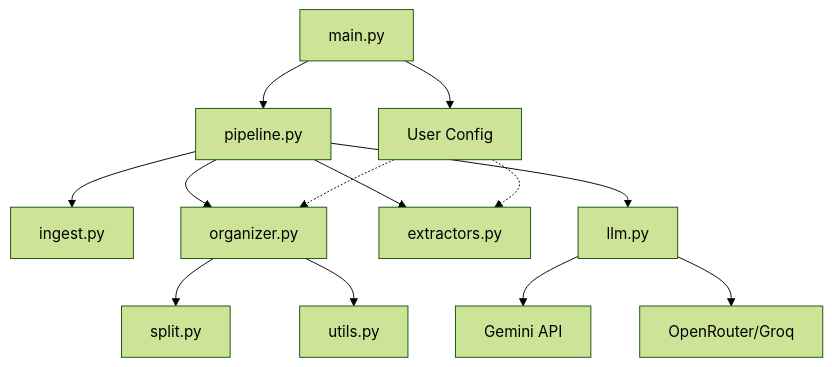
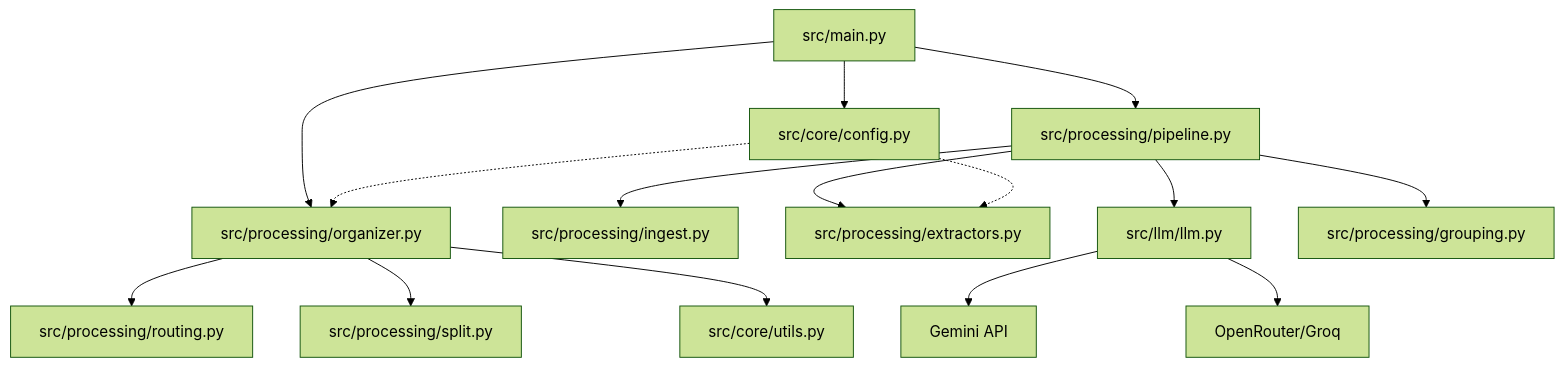
One commit to emadprograms/file-organizer changed the diagram in docs/ARCHITECTURE.md. Above: the diagram before and after it, drawn with Mermaid (forest theme). The commit also changed other lines of this file and 5 other files, not shown here.

````diff
--- a/docs/ARCHITECTURE.md
+++ b/docs/ARCHITECTURE.md
@@ -8,15 +8,17 @@
 ```mermaid
 graph TD
-    Main[main.py] --> ConfigParser[User Config]
-    Main --> Pipeline[pipeline.py]
-    Pipeline --> Ingest[ingest.py]
-    Pipeline --> LLM[llm.py]
-    Pipeline --> Extractors[extractors.py]
-    Pipeline --> Organizer[organizer.py]
+    Main[src/main.py] --> ConfigParser[src/core/config.py]
+    Main --> Pipeline[src/processing/pipeline.py]
+    Main --> Organizer[src/processing/organizer.py]
+    Pipeline --> Ingest[src/processing/ingest.py]
+    Pipeline --> Extractors[src/processing/extractors.py]
+    Pipeline --> LLM[src/llm/llm.py]
+    Pipeline --> Grouping[src/processing/grouping.py]
     LLM --> Gemini[Gemini API]
     LLM --> OpenRouter[OpenRouter/Groq]
-    Organizer --> Split[split.py]
-    Organizer --> Utils[utils.py]
+    Organizer --> Routing[src/processing/routing.py]
+    Organizer --> Split[src/processing/split.py]
+    Organizer --> Utils[src/core/utils.py]
     ConfigParser -.-> Extractors
     ConfigParser -.-> Organizer
 ```
````
